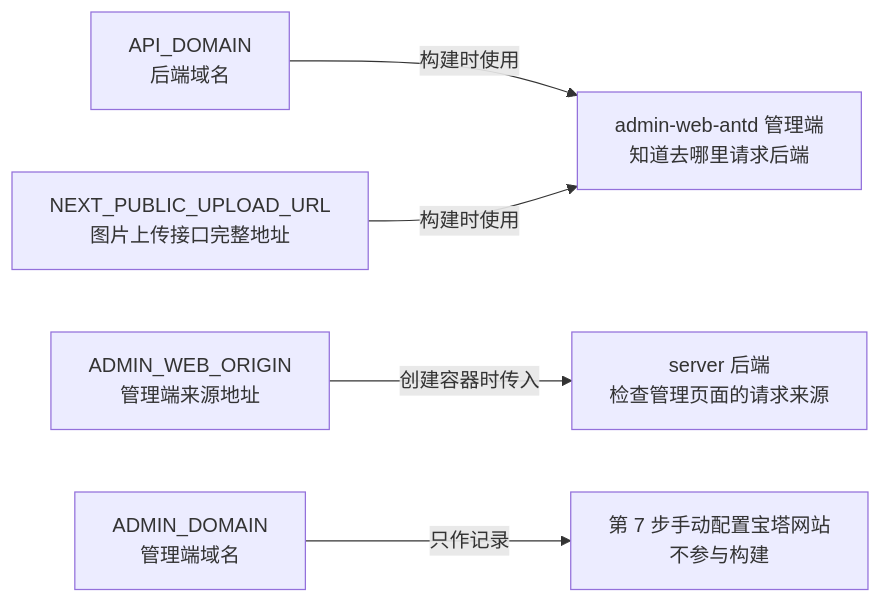
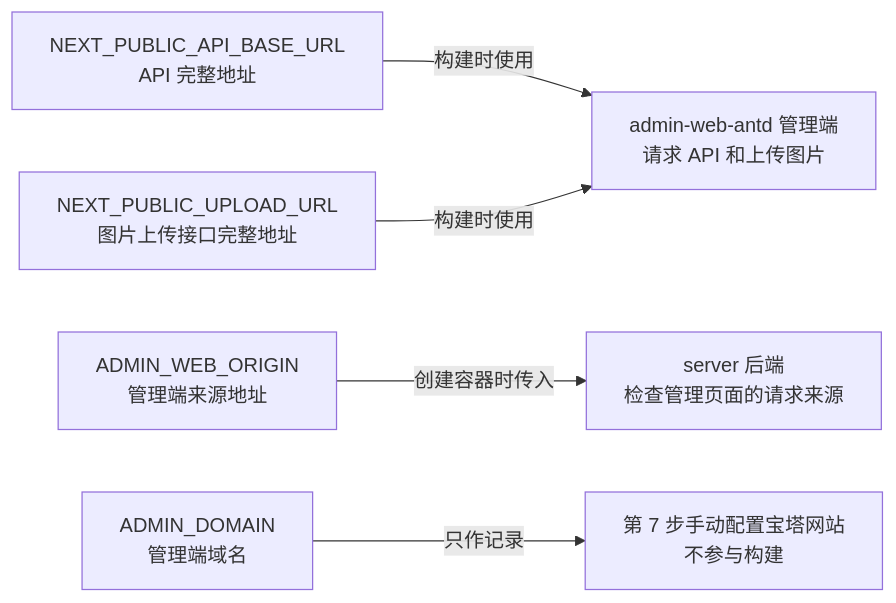
Before and after one commit to jiajianhui/learning-notes: the sixth of 9 diagrams in backend/backend-system-learning/20A-用宝塔和Docker-Compose部署MiniCMS.md, drawn with Mermaid. The commit also changed other lines of this file and 2 other files, not shown here.

Commit message:
docs: 统一管理端API与图片上传地址配置; 由AI提交🌟

````diff
--- a/backend/backend-system-learning/20A-用宝塔和Docker-Compose部署MiniCMS.md
+++ b/backend/backend-system-learning/20A-用宝塔和Docker-Compose部署MiniCMS.md
@@ -549,7 +551,7 @@
 ```mermaid
 flowchart LR
-    A["API_DOMAIN<br/>后端域名"] -->|构建时使用| W["admin-web-antd 管理端<br/>知道去哪里请求后端"]
+    A["NEXT_PUBLIC_API_BASE_URL<br/>API 完整地址"] -->|构建时使用| W["admin-web-antd 管理端<br/>请求 API 和上传图片"]
     U["NEXT_PUBLIC_UPLOAD_URL<br/>图片上传接口完整地址"] -->|构建时使用| W
     O["ADMIN_WEB_ORIGIN<br/>管理端来源地址"] -->|创建容器时传入| S["server 后端<br/>检查管理页面的请求来源"]
     M["ADMIN_DOMAIN<br/>管理端域名"] -->|只作记录| N["第 7 步手动配置宝塔网站<br/>不参与构建"]
 ```
````
